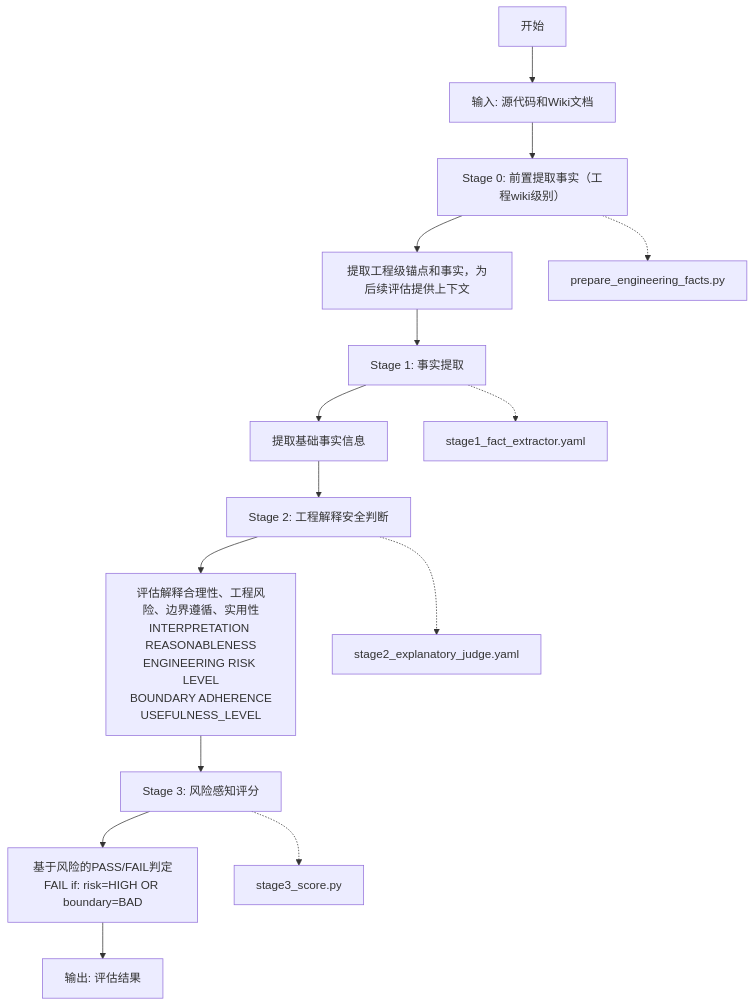
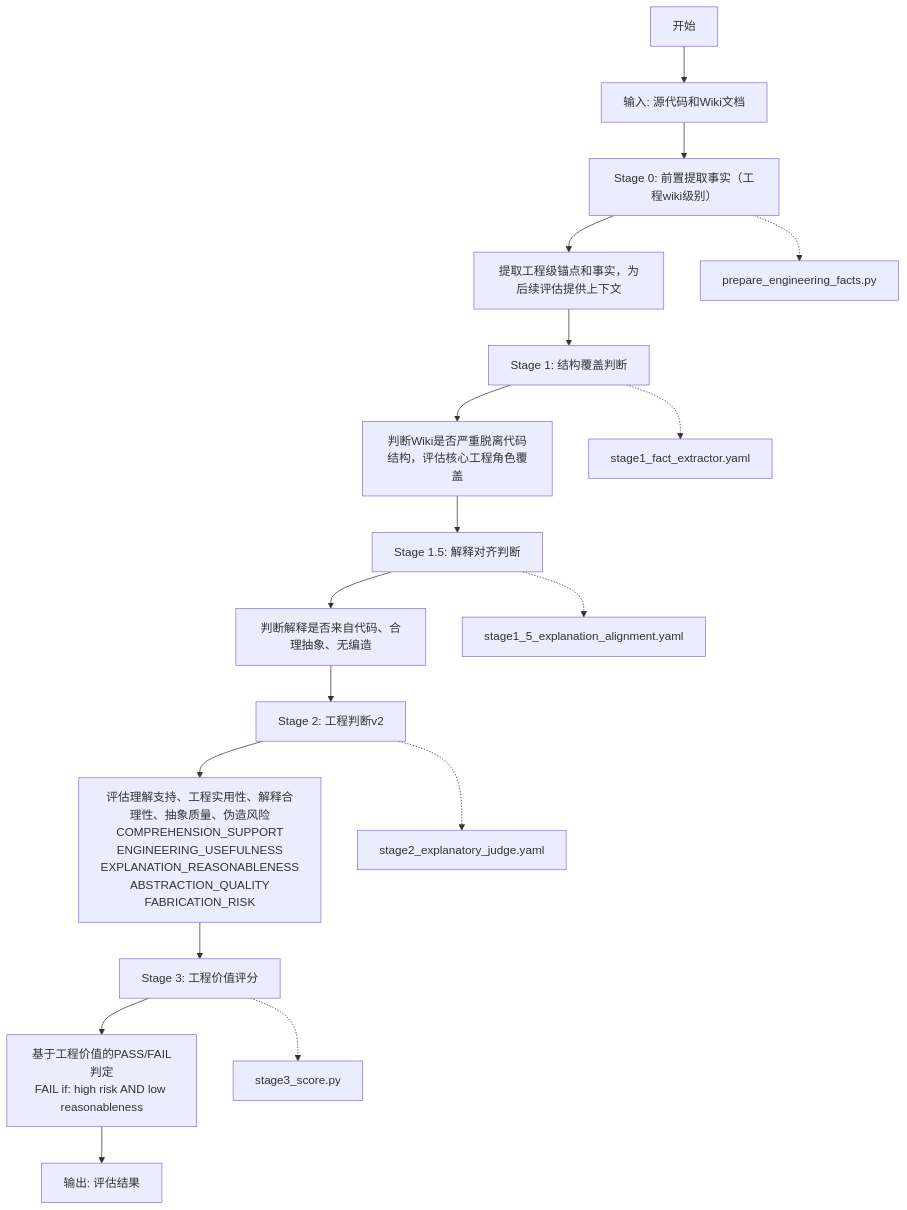
The first of 8 diagrams in promptfoo_wiki/fact_judge_v2/FLOWCHART.md (zhangxudong-g/AI_Projects), drawn with Mermaid before and after one commit. The commit also changed other lines of this file and 86 other files, not shown here.

````diff
--- a/promptfoo_wiki/fact_judge_v2/FLOWCHART.md
+++ b/promptfoo_wiki/fact_judge_v2/FLOWCHART.md
@@ -5,20 +5,21 @@
 ```mermaid
 graph TD
     A[开始] --> B[输入: 源代码和Wiki文档]
     B --> C[Stage 0: 前置提取事实（工程wiki级别）]
     C --> D[提取工程级锚点和事实，为后续评估提供上下文]
-    D --> E[Stage 1: 事实提取]
-    E --> F[提取基础事实信息]
-    F --> G[Stage 2: 工程解释安全判断]
-    G --> H[评估解释合理性、工程风险、边界遵循、实用性<br/>INTERPRETATION REASONABLENESS<br/>ENGINEERING RISK LEVEL<br/>BOUNDARY ADHERENCE<br/>USEFULNESS_LEVEL]
-    H --> I[Stage 3: 风险感知评分]
-    I --> J[基于风险的PASS/FAIL判定<br/>FAIL if: risk=HIGH OR boundary=BAD]
-    J --> K[输出: 评估结果]
+    D --> E[Stage 1: 结构覆盖判断]
+    E --> F[判断Wiki是否严重脱离代码结构，评估核心工程角色覆盖]
+    F --> G[Stage 1.5: 解释对齐判断]
+    G --> H[判断解释是否来自代码、合理抽象、无编造]
+    H --> I[Stage 2: 工程判断v2]
+    I --> J[评估理解支持、工程实用性、解释合理性、抽象质量、伪造风险<br/>COMPREHENSION_SUPPORT<br/>ENGINEERING_USEFULNESS<br/>EXPLANATION_REASONABLENESS<br/>ABSTRACTION_QUALITY<br/>FABRICATION_RISK]
+    J --> K[Stage 3: 工程价值评分]
+    K --> L[基于工程价值的PASS/FAIL判定<br/>FAIL if: high risk AND low reasonableness]
+    L --> M[输出: 评估结果]
 
-    C -.-> L[prepare_engineering_facts.py]
-    E -.-> M[stage1_fact_extractor.yaml]
-    G -.-> N[stage2_explanatory_judge.yaml]
-    I -.-> O[stage3_score.py]
-
-
+    C -.-> N[prepare_engineering_facts.py]
+    E -.-> O[stage1_fact_extractor.yaml]
+    G -.-> P[stage1_5_explanation_alignment.yaml]
+    I -.-> Q[stage2_explanatory_judge.yaml]
+    K -.-> R[stage3_score.py]
 ```
````
